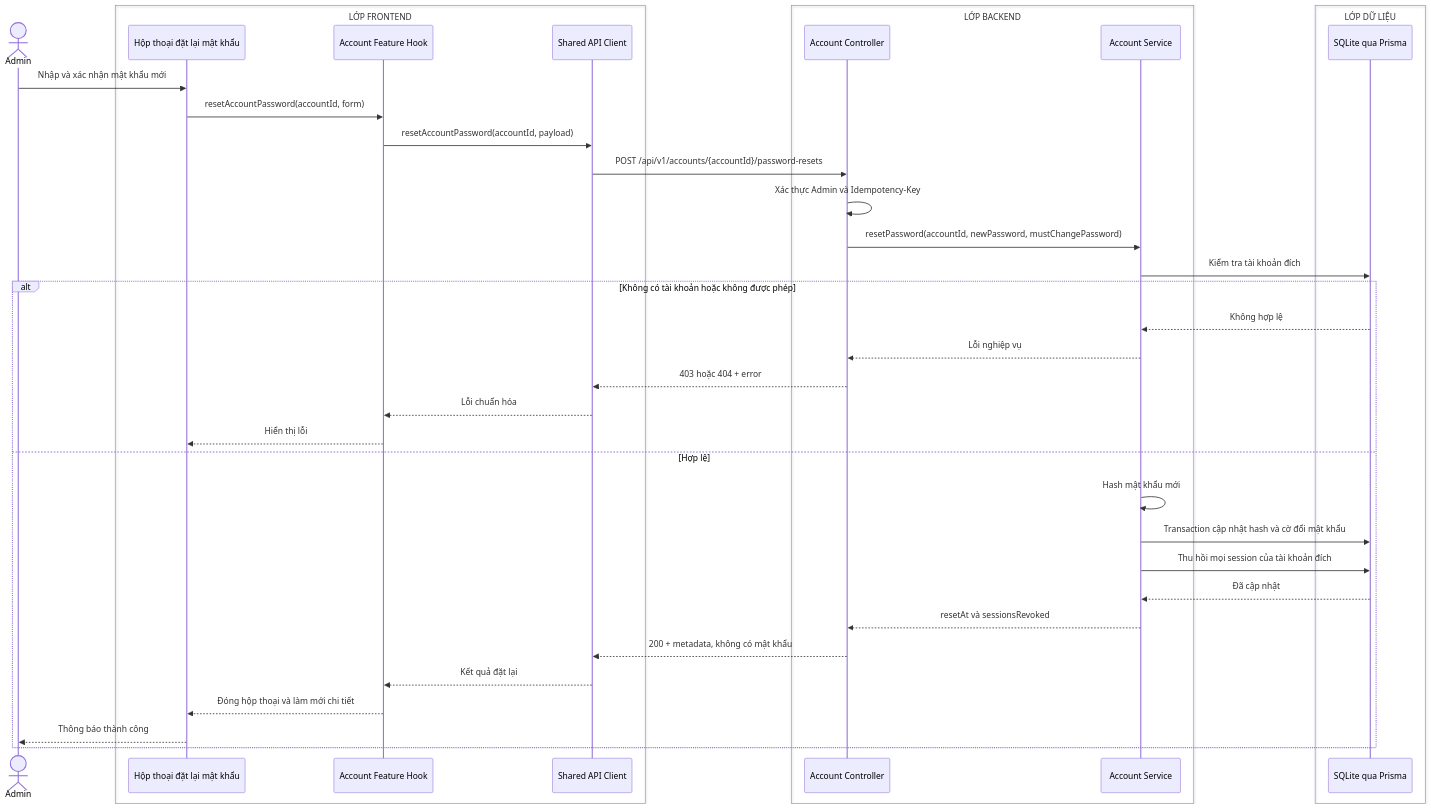
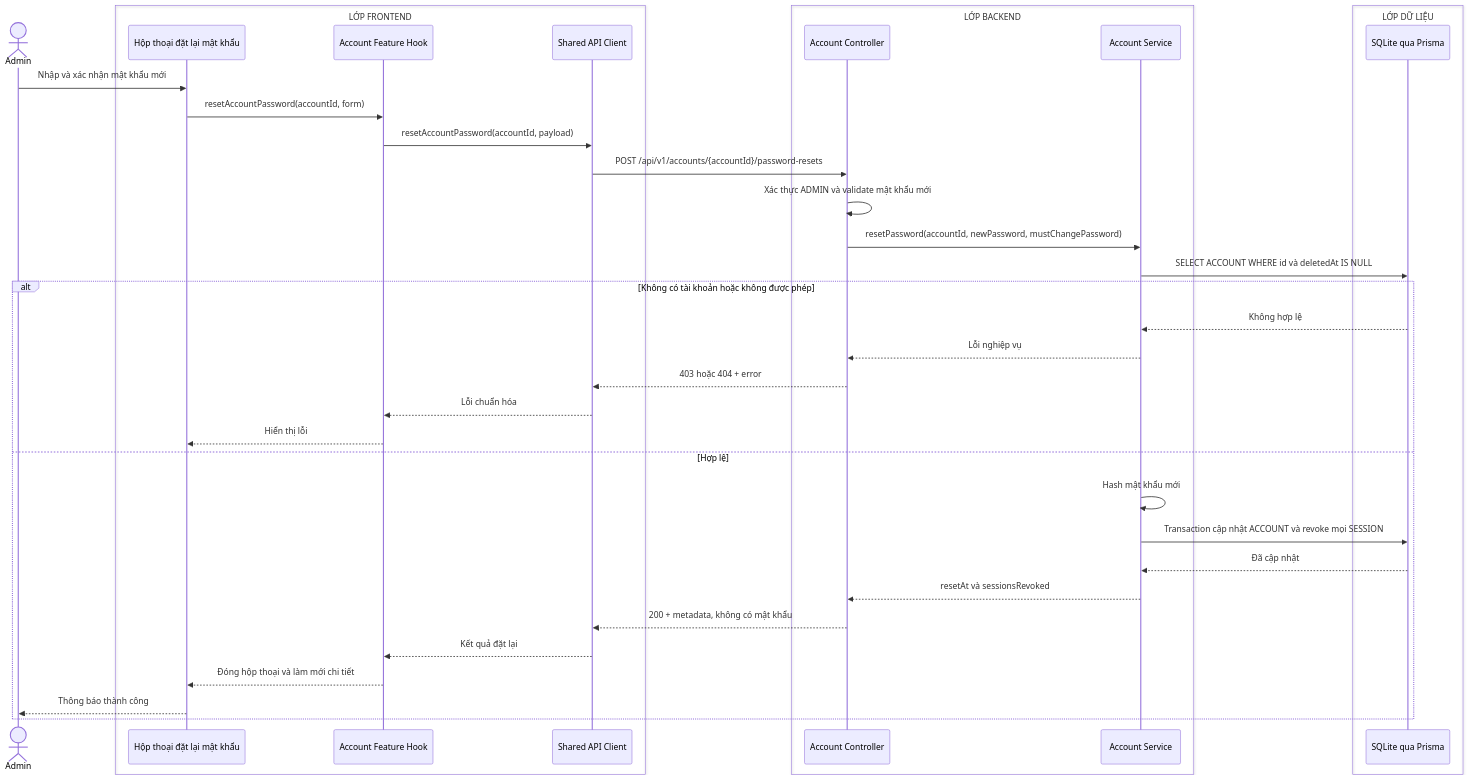
One commit to MINHDZVODICH/ctv-manage changed the second of 2 diagrams in docs/sequence-diagrams/05-doi-va-dat-lai-mat-khau.md. Above: the diagram before and after it, drawn with Mermaid. The commit also changed other lines of this file and 227 other files, not shown here.

````diff
--- a/docs/sequence-diagrams/05-doi-va-dat-lai-mat-khau.md
+++ b/docs/sequence-diagrams/05-doi-va-dat-lai-mat-khau.md
@@ -51,42 +51,41 @@
 ```mermaid
 sequenceDiagram
     actor A as Admin
     box LỚP FRONTEND
         participant UI as Hộp thoại đặt lại mật khẩu
         participant H as Account Feature Hook
         participant API as Shared API Client
     end
     box LỚP BACKEND
         participant C as Account Controller
         participant S as Account Service
     end
     box LỚP DỮ LIỆU
         participant DB as SQLite qua Prisma
     end
 
     A->>UI: Nhập và xác nhận mật khẩu mới
     UI->>H: resetAccountPassword(accountId, form)
     H->>API: resetAccountPassword(accountId, payload)
     API->>C: POST /api/v1/accounts/{accountId}/password-resets
-    C->>C: Xác thực Admin và Idempotency-Key
+    C->>C: Xác thực ADMIN và validate mật khẩu mới
     C->>S: resetPassword(accountId, newPassword, mustChangePassword)
-    S->>DB: Kiểm tra tài khoản đích
+    S->>DB: SELECT ACCOUNT WHERE id và deletedAt IS NULL
 
     alt Không có tài khoản hoặc không được phép
         DB-->>S: Không hợp lệ
         S-->>C: Lỗi nghiệp vụ
         C-->>API: 403 hoặc 404 + error
         API-->>H: Lỗi chuẩn hóa
         H-->>UI: Hiển thị lỗi
     else Hợp lệ
         S->>S: Hash mật khẩu mới
-        S->>DB: Transaction cập nhật hash và cờ đổi mật khẩu
-        S->>DB: Thu hồi mọi session của tài khoản đích
+        S->>DB: Transaction cập nhật ACCOUNT và revoke mọi SESSION
         DB-->>S: Đã cập nhật
         S-->>C: resetAt và sessionsRevoked
         C-->>API: 200 + metadata, không có mật khẩu
         API-->>H: Kết quả đặt lại
         H-->>UI: Đóng hộp thoại và làm mới chi tiết
         UI-->>A: Thông báo thành công
     end
 ```
````
